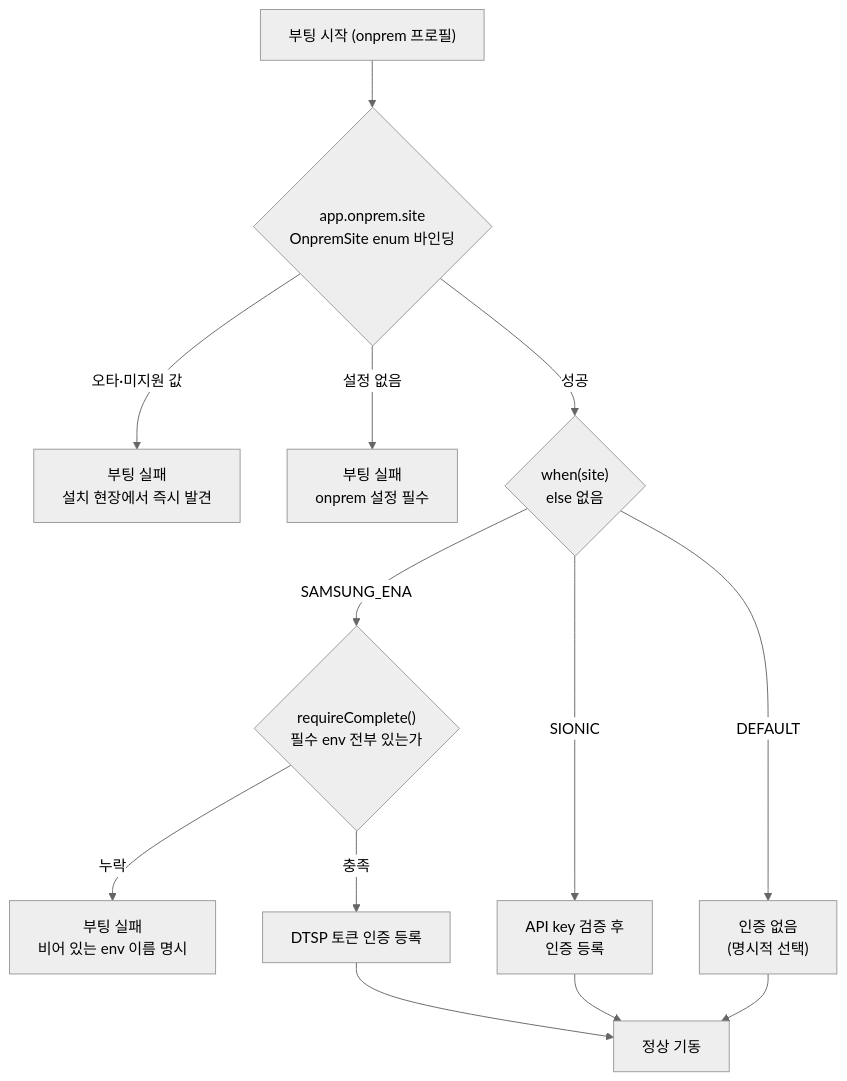
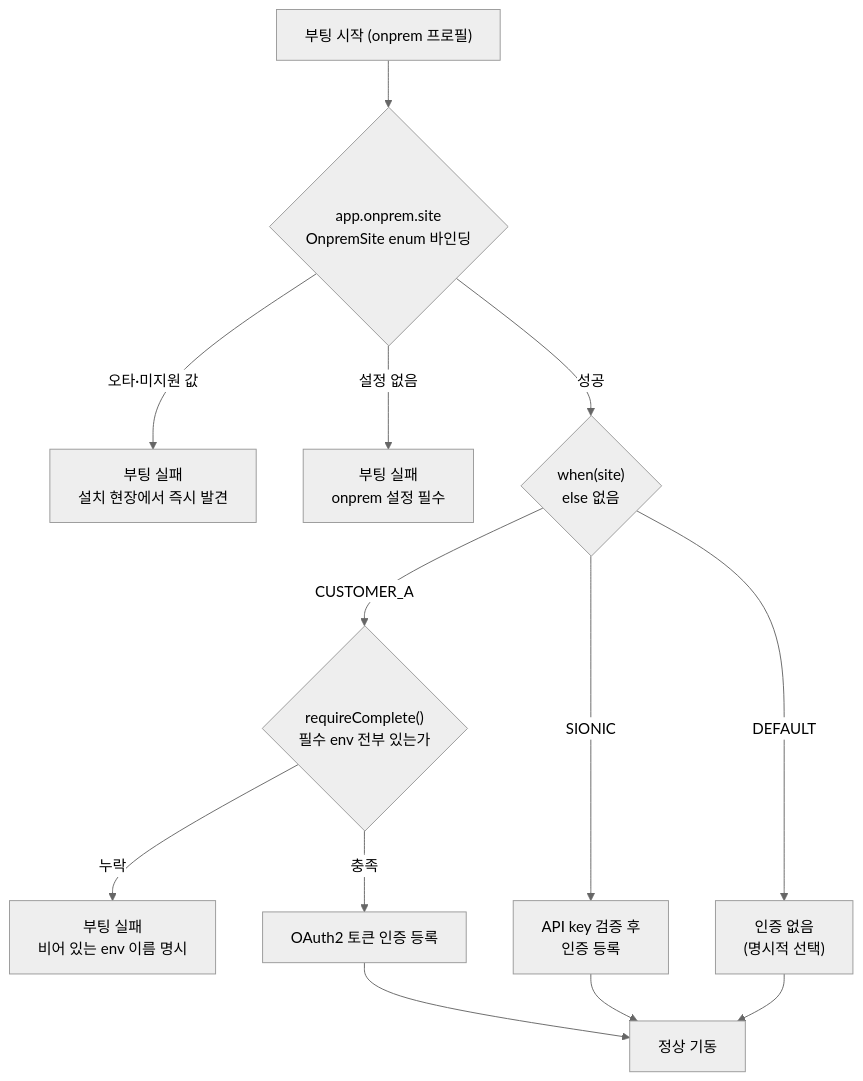
One commit to jaenam615/portfolio changed the diagram in diagrams/SionicAI/onprem-failfast/boot-flow.mmd. Above: the diagram before and after it, drawn with Mermaid (neutral theme). The commit also changed 3 other files, not shown here.

```diff
--- a/diagrams/SionicAI/onprem-failfast/boot-flow.mmd
+++ b/diagrams/SionicAI/onprem-failfast/boot-flow.mmd
@@ -1,13 +1,13 @@
 flowchart TD
     A["부팅 시작 (onprem 프로필)"] --> B{"app.onprem.site<br/>OnpremSite enum 바인딩"}
     B -- "오타·미지원 값" --> F1["부팅 실패<br/>설치 현장에서 즉시 발견"]
     B -- "설정 없음" --> F0["부팅 실패<br/>onprem 설정 필수"]
     B -- "성공" --> C{"when(site)<br/>else 없음"}
-    C -- "SAMSUNG_ENA" --> D{"requireComplete()<br/>필수 env 전부 있는가"}
+    C -- "CUSTOMER_A" --> D{"requireComplete()<br/>필수 env 전부 있는가"}
     C -- "SIONIC" --> S["API key 검증 후<br/>인증 등록"]
     C -- "DEFAULT" --> N["인증 없음<br/>(명시적 선택)"]
     D -- "누락" --> F2["부팅 실패<br/>비어 있는 env 이름 명시"]
-    D -- "충족" --> G["DTSP 토큰 인증 등록"]
+    D -- "충족" --> G["OAuth2 토큰 인증 등록"]
     G --> E["정상 기동"]
     S --> E
     N --> E
```
